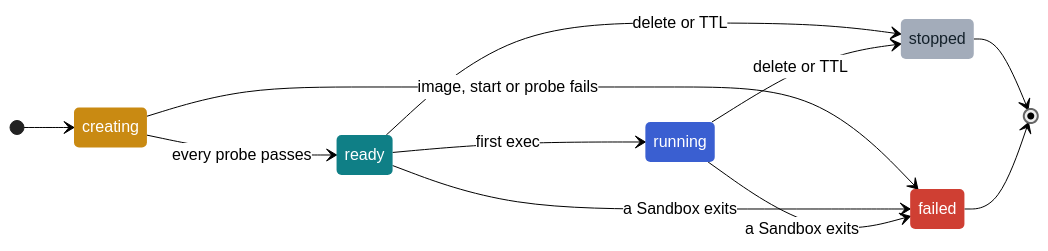
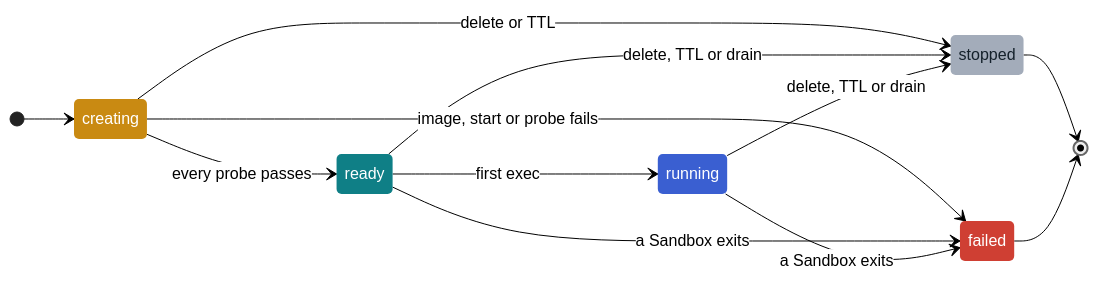
Before and after one commit to vibrantlabsai/swarmbox: the diagram in docs/worlds-and-sandboxes.md, drawn with Mermaid (neutral theme). The commit also changed other lines of this file and 46 other files, not shown here.

````diff
--- a/docs/worlds-and-sandboxes.md
+++ b/docs/worlds-and-sandboxes.md
@@ -27,24 +34,25 @@
 ```mermaid
 stateDiagram-v2
     direction LR
     [*] --> creating
     creating --> ready: every probe passes
     ready --> running: first exec
     creating --> failed: image, start or probe fails
     ready --> failed: a Sandbox exits
     running --> failed: a Sandbox exits
-    ready --> stopped: delete or TTL
-    running --> stopped: delete or TTL
+    creating --> stopped: delete or TTL
+    ready --> stopped: delete, TTL or drain
+    running --> stopped: delete, TTL or drain
     stopped --> [*]
     failed --> [*]
     classDef creating fill:#c98a12,color:#fff,stroke:none
     classDef ready fill:#0f7f86,color:#fff,stroke:none
     classDef running fill:#3a5fd1,color:#fff,stroke:none
     classDef stopped fill:#a3acba,color:#14212b,stroke:none
     classDef failed fill:#cf3f33,color:#fff,stroke:none
     class creating creating
     class ready ready
     class running running
     class stopped stopped
     class failed failed
 ```
````
